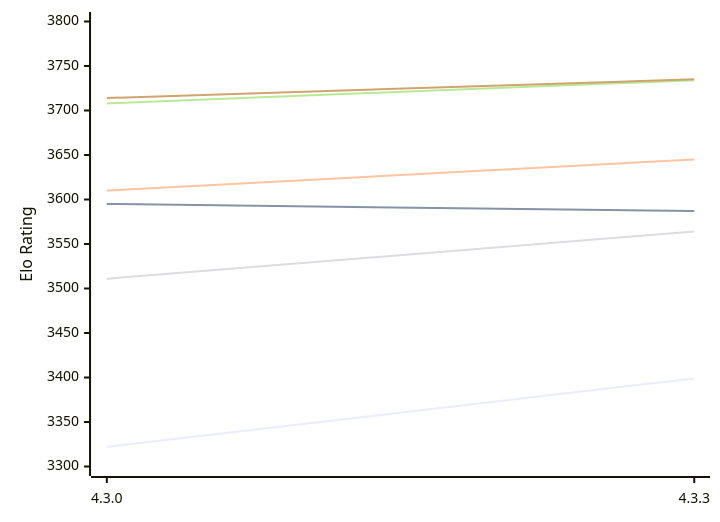
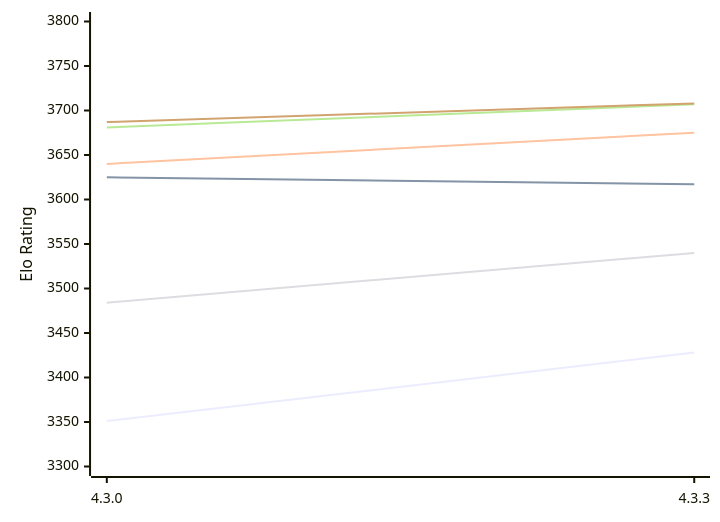
The first of 2 diagrams in engines/Gaia.md (computer-chess-index/cci), drawn with Mermaid before and after one commit. The commit also changed other lines of this file, not shown here.

Commit message:
Update CCI Ratings (ELO VLTC) - 2026-10-19

````diff
--- a/engines/Gaia.md
+++ b/engines/Gaia.md
@@ -55,12 +55,12 @@
 ```mermaid
 %%{init: {"theme":"base","themeVariables":{"seriesColors:['#a3a3a3','#222221','#faa371']}}}%%
 xychart-beta
   x-axis ["4.3.0", "4.3.3"]
   y-axis "Elo Rating" 3300 --> 3800
-  line "E1: STC (8.0+0.08s)" [3322, 3399]
-  line "E1: LTC (60.0+0.60s)" [3595, 3587]
-  line "E1: VLTC (2m24s+1.12s)" [3610, 3645]
-  line "P1: STC (8.0+0.08s)" [3511, 3564]
-  line "P1: LTC (60.0+0.60s)" [3708, 3734]
-  line "P1: VLTC (2m24s+1.12s)" [3714, 3735]
+  line "E1: STC (8.0+0.08s)" [3351, 3428]
+  line "E1: LTC (60.0+0.60s)" [3625, 3617]
+  line "E1: VLTC (2m24s+1.12s)" [3640, 3675]
+  line "P1: STC (8.0+0.08s)" [3484, 3540]
+  line "P1: LTC (60.0+0.60s)" [3681, 3707]
+  line "P1: VLTC (2m24s+1.12s)" [3687, 3708]
 ```
````
